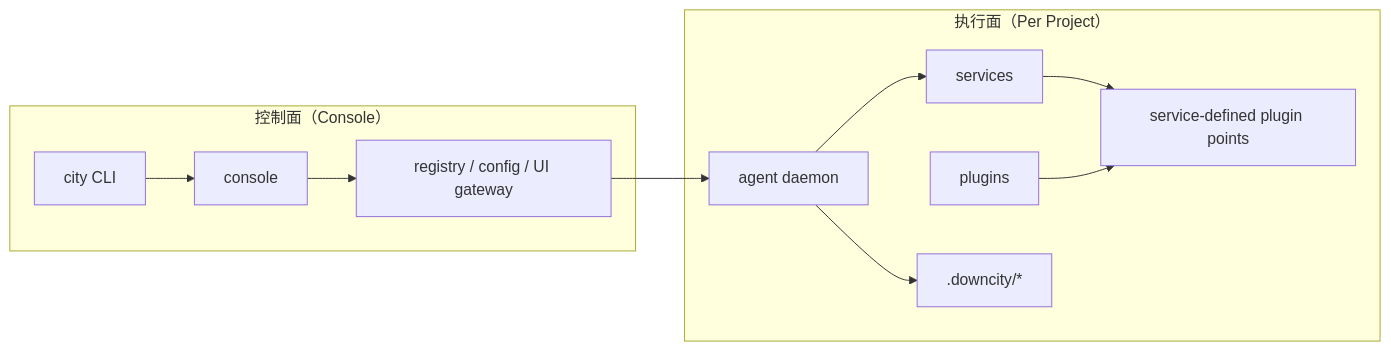
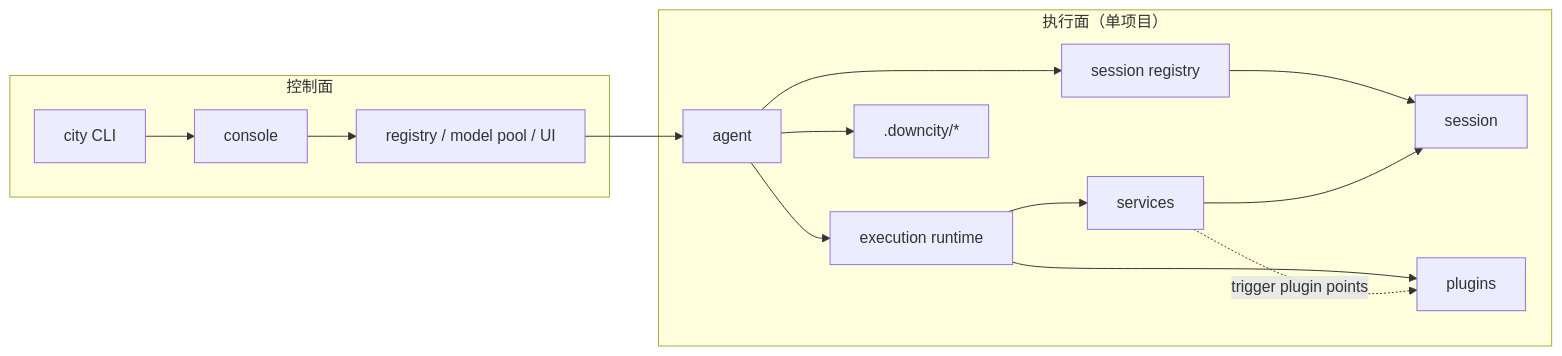
The first of 2 diagrams in homepage/content/docs/zh/concepts/logic-map.mdx (wangenius/downcity), drawn with Mermaid before and after one commit. The commit also changed other lines of this file and 410 other files, not shown here.

````diff
--- a/homepage/content/docs/zh/concepts/logic-map.mdx
+++ b/homepage/content/docs/zh/concepts/logic-map.mdx
@@ -22,16 +23,20 @@
 ```mermaid
 flowchart LR
-  subgraph CP["控制面（Console）"]
+  subgraph CP["控制面"]
     CLI["city CLI"] --> CONSOLE["console"]
-    CONSOLE --> REG["registry / config / UI gateway"]
+    CONSOLE --> REG["registry / model pool / UI"]
   end
 
-  subgraph DP["执行面（Per Project）"]
-    AGENT["agent daemon"] --> SERVICES["services"]
-    SERVICES --> POINTS["service-defined plugin points"]
-    PLUGINS["plugins"] --> POINTS
+  subgraph DP["执行面（单项目）"]
+    AGENT["agent"] --> ER["execution runtime"]
+    AGENT --> SR["session registry"]
+    SR --> SESSION["session"]
+    ER --> SERVICES["services"]
+    ER --> PLUGINS["plugins"]
+    SERVICES --> SESSION
+    SERVICES -. trigger plugin points .-> PLUGINS
     AGENT --> SHIP[".downcity/*"]
   end
 
   REG --> AGENT
 ```
````
